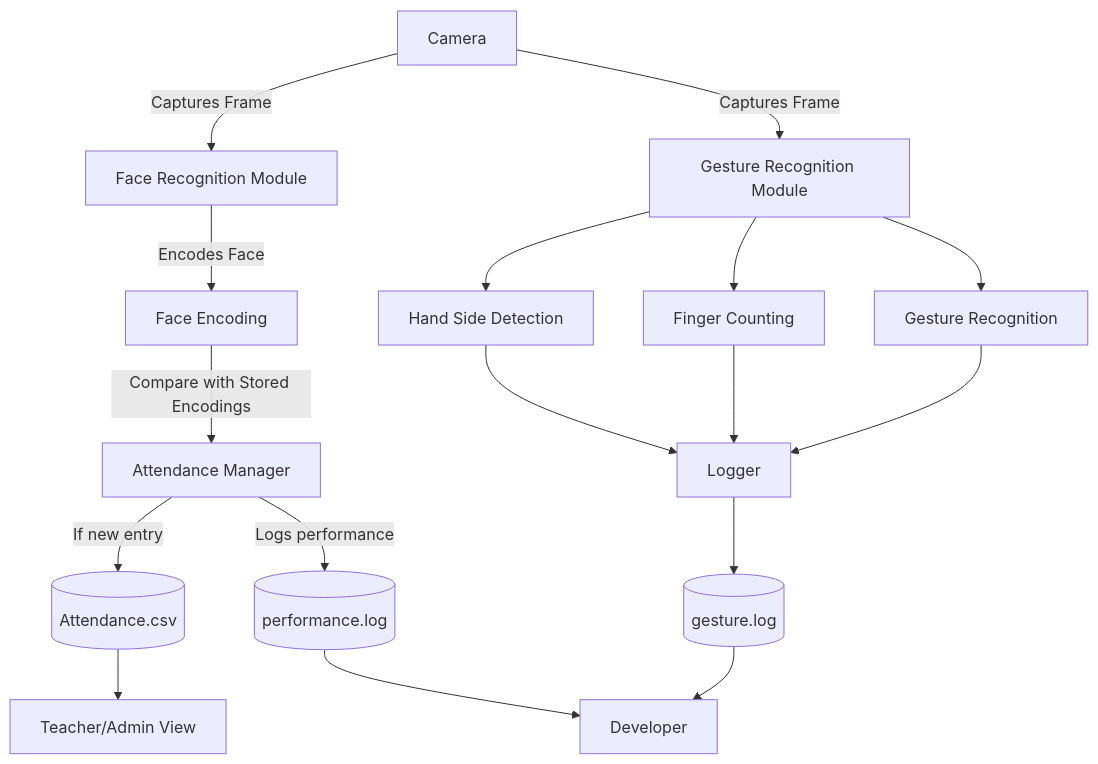
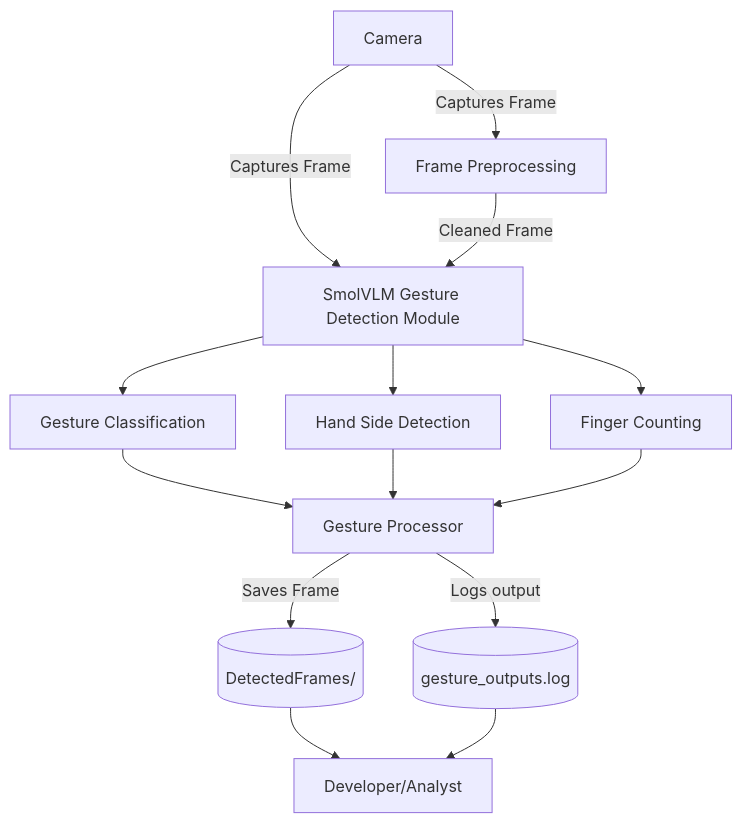
One commit to Nithinnithu0610/Gesture_detection-using-opencv-and-smolVLM-method changed the diagram in smolvlm/dfd.md. Above: the diagram before and after it, drawn with Mermaid.

````diff
--- a/smolvlm/dfd.md
+++ b/smolvlm/dfd.md
@@ -3,23 +3,22 @@
 ```mermaid
 flowchart TD
-    Camera -->|Captures Frame| FaceRecognition[Face Recognition Module]
-    Camera -->|Captures Frame| GestureRecognition[Gesture Recognition Module]
+    Camera -->|Captures Frame| Preprocess[Frame Preprocessing]
+    Camera -->|Captures Frame| SmolVLM[SmolVLM Gesture Detection Module]
 
-    FaceRecognition -->|Encodes Face| Encoder[Face Encoding]
-    Encoder -->|Compare with Stored Encodings| AttendanceCheck[Attendance Manager]
-    AttendanceCheck -->|If new entry| CSV[(Attendance.csv)]
-    AttendanceCheck -->|Logs performance| LogFile[(performance.log)]
+    Preprocess -->|Cleaned Frame| SmolVLM
 
-    GestureRecognition --> HandSide[Hand Side Detection]
-    GestureRecognition --> FingerCount[Finger Counting]
-    GestureRecognition --> GestureType[Gesture Recognition]
+    SmolVLM --> GestureType[Gesture Classification]
+    SmolVLM --> HandSide[Hand Side Detection]
+    SmolVLM --> FingerCount[Finger Counting]
 
-    HandSide --> GestureLogger[Logger]
-    FingerCount --> GestureLogger
-    GestureType --> GestureLogger
-    GestureLogger --> GestureLogFile[(gesture.log)]
+    GestureType --> GestureProcessor[Gesture Processor]
+    HandSide --> GestureProcessor
+    FingerCount --> GestureProcessor
 
-    CSV --> Teacher[Teacher/Admin View]
-    LogFile --> Developer[Developer]
-    GestureLogFile --> Developer[Developer]
+    GestureProcessor -->|Logs output| GestureLogFile[(gesture_outputs.log)]
+    GestureProcessor -->|Saves Frame| Frames[(DetectedFrames/)]
+
+    Frames --> Developer[Developer/Analyst]
+    GestureLogFile --> Developer[Developer/Analyst]
+
 ```
````
